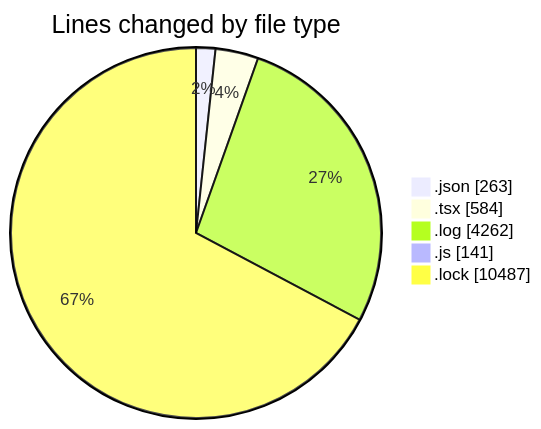
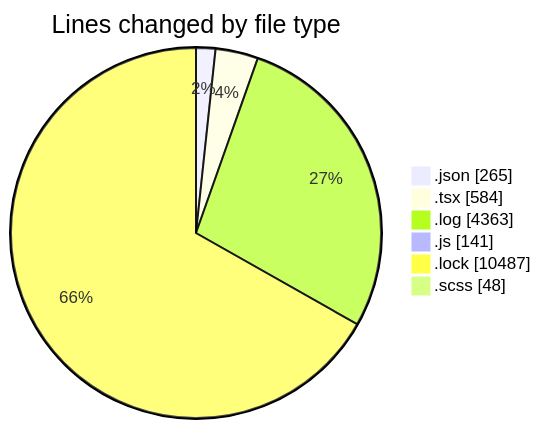
The first of 2 diagrams in 2026-03-24/cda/README.md (momahboobian/code-tracking), drawn with Mermaid before and after one commit. The commit also changed other lines of this file and 1 other file, not shown here.

````diff
--- a/2026-03-24/cda/README.md
+++ b/2026-03-24/cda/README.md
@@ -28,9 +29,10 @@
 ```mermaid
 pie showData
 title Lines changed by file type
-".json" : 263
+".json" : 265
 ".tsx" : 584
-".log" : 4262
+".log" : 4363
 ".js" : 141
 ".lock" : 10487
+".scss" : 48
 ```
````
